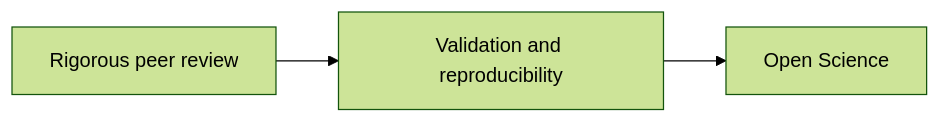
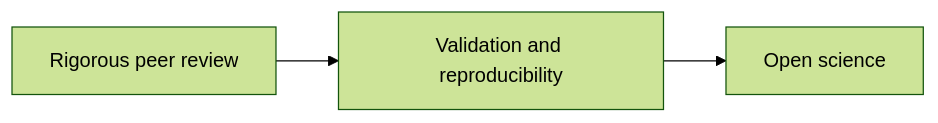
One commit to Alliance-RDM-GDR/CUR_Res_DepositingData changed the second of 3 diagrams in RDM_DepositingData.qmd. Above: the diagram before and after it, drawn with Mermaid (forest theme). The commit also changed other lines of this file and 41 other files, not shown here.

````diff
--- a/RDM_DepositingData.qmd
+++ b/RDM_DepositingData.qmd
@@ -94,7 +98,7 @@
 ```{mermaid}
 %%| fig-width: 10
 %%| fig-height: 9
 
 flowchart LR
-  A[Rigorous peer review] --> B[Validation and reproducibility] --> C[Open Science]
+  A[Rigorous peer review] --> B[Validation and reproducibility] --> C[Open science]
 ```
````
